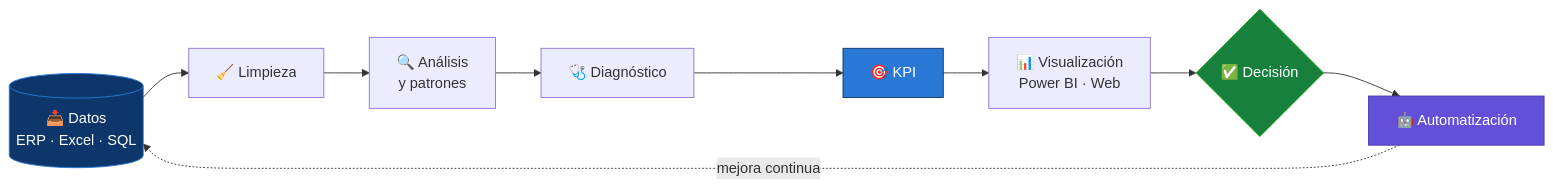
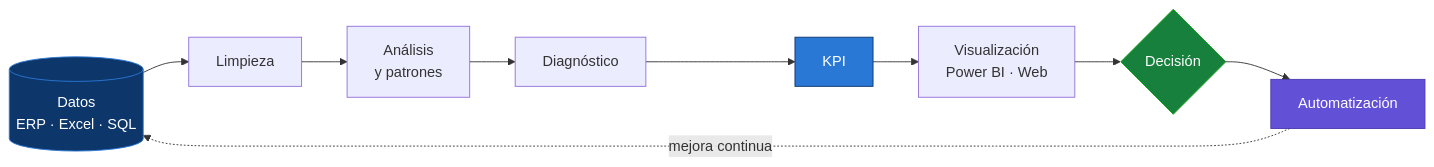
Before and after one commit to Santiago131440/Santiago131440: the diagram in README.md, drawn with Mermaid. The commit also changed other lines of this file, not shown here.

````diff
--- a/README.md
+++ b/README.md
@@ -46,16 +46,16 @@
 ```mermaid
 flowchart LR
-    A[(📥 Datos<br/>ERP · Excel · SQL)] --> B[🧹 Limpieza]
-    B --> C[🔍 Análisis<br/>y patrones]
-    C --> D[🩺 Diagnóstico]
-    D --> E[🎯 KPI]
-    E --> F[📊 Visualización<br/>Power BI · Web]
-    F --> G{✅ Decisión}
-    G --> H[🤖 Automatización]
+    A[(Datos<br/>ERP · Excel · SQL)] --> B[Limpieza]
+    B --> C[Análisis<br/>y patrones]
+    C --> D[Diagnóstico]
+    D --> E[KPI]
+    E --> F[Visualización<br/>Power BI · Web]
+    F --> G{Decisión}
+    G --> H[Automatización]
     H -. mejora continua .-> A
 
     style A fill:#0d366b,stroke:#2a78d6,color:#fff
     style E fill:#2a78d6,stroke:#0d366b,color:#fff
     style G fill:#16803c,stroke:#0ca30c,color:#fff
     style H fill:#6250d6,stroke:#4a3bb0,color:#fff
 ```
````
